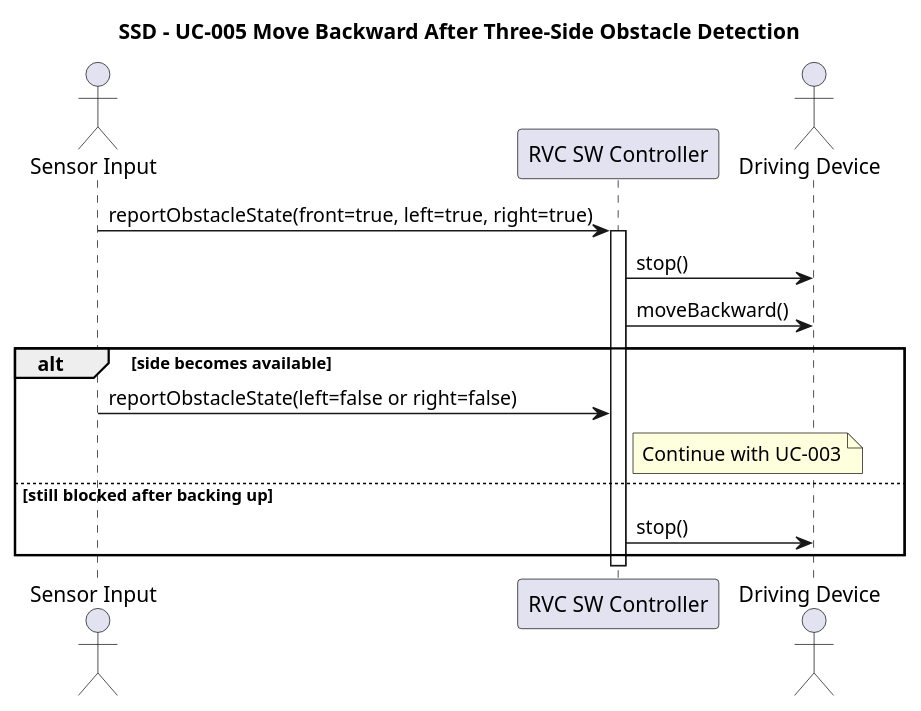
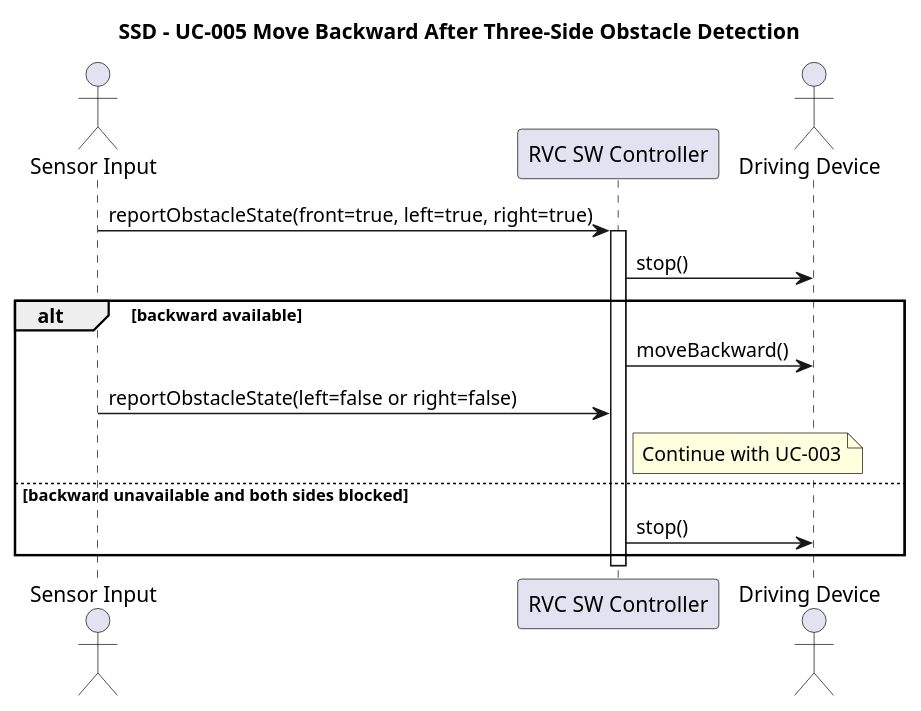
The diagram in docs/ssd/UC-005.puml (OOAD-Team3/Robot-Vacuum-Cleaner-AI), drawn with PlantUML before and after one commit. The commit also changed 1 other file, not shown here.

```diff
--- a/docs/ssd/UC-005.puml
+++ b/docs/ssd/UC-005.puml
@@ -1,20 +1,20 @@
 @startuml SSD_UC005_Backward_On_Three_Side_Obstacle
 title SSD - UC-005 Move Backward After Three-Side Obstacle Detection
 
 actor "Sensor Input" as Sensor
 participant "RVC SW Controller" as System
 actor "Driving Device" as Drive
 
 Sensor -> System: reportObstacleState(front=true, left=true, right=true)
 activate System
 System -> Drive: stop()
-System -> Drive: moveBackward()
 
-alt side becomes available
+alt backward available
+    System -> Drive: moveBackward()
     Sensor -> System: reportObstacleState(left=false or right=false)
     note right of System: Continue with UC-003
-else still blocked after backing up
+else backward unavailable and both sides blocked
     System -> Drive: stop()
 end
 deactivate System
 @enduml
```
